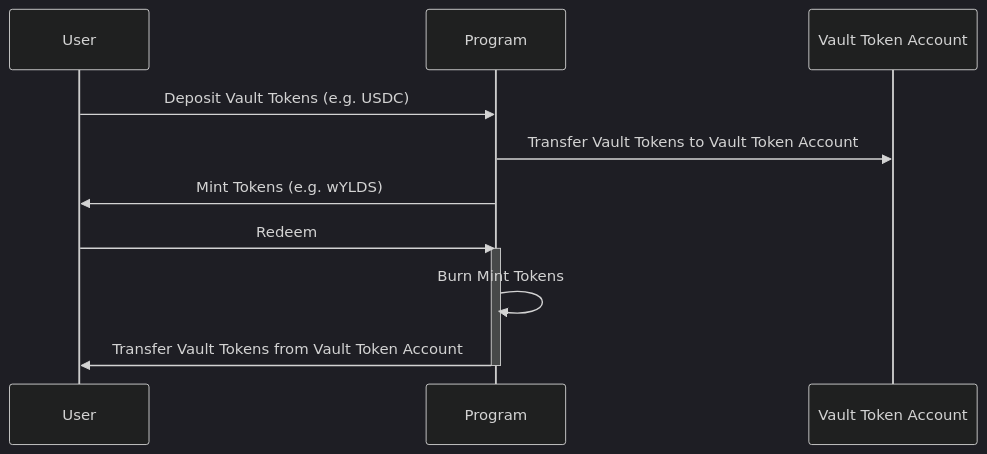
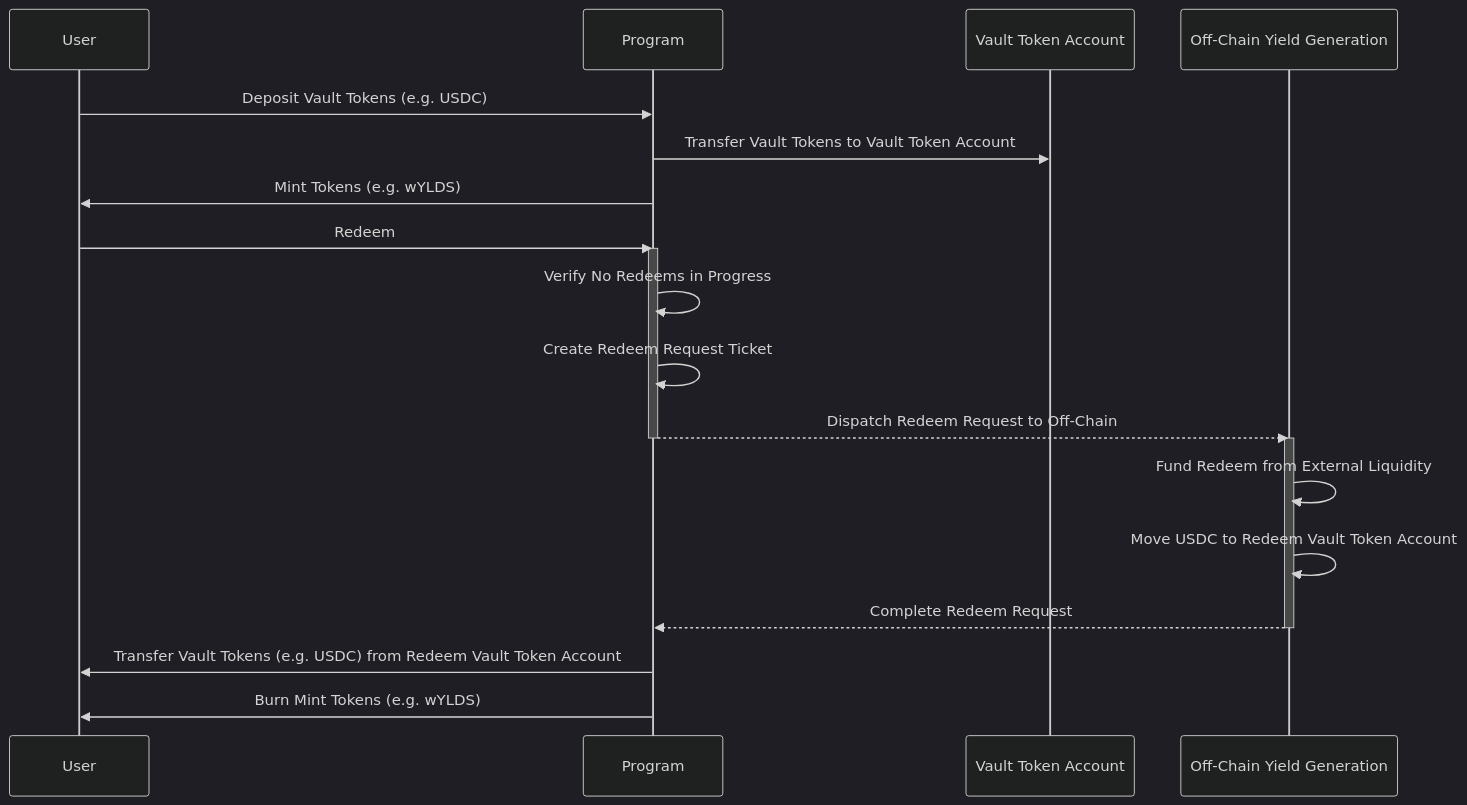
The diagram in README.md (provenance-io/hastra-sol-vault-mint), drawn with Mermaid (dark theme) before and after one commit. The commit also changed other lines of this file and 12 other files, not shown here.

Commit message:
update redeem process - fix deposit vault authority check

````diff
--- a/README.md
+++ b/README.md
@@ -216,15 +418,24 @@
 ```mermaid
 sequenceDiagram
     participant User
     participant Program
     participant VaultAccount as Vault Token Account
+    participant Offchain as Off-Chain Yield Generation
 
     User->>Program: Deposit Vault Tokens (e.g. USDC)
     Program->>VaultAccount: Transfer Vault Tokens to Vault Token Account
     Program->>User: Mint Tokens (e.g. wYLDS)
     User->>Program: Redeem
     activate Program
-    Program->>Program: Burn Mint Tokens
-    Program->>User: Transfer Vault Tokens from Vault Token Account
+    Program->>Program: Verify No Redeems in Progress
+    Program->>Program: Create Redeem Request Ticket
+    Program-->>Offchain: Dispatch Redeem Request to Off-Chain
     deactivate Program
+    activate Offchain
+    Offchain->>Offchain: Fund Redeem from External Liquidity
+    Offchain->>Offchain: Move USDC to Redeem Vault Token Account
+    Offchain-->>Program: Complete Redeem Request
+    deactivate Offchain
+    Program->>User: Transfer Vault Tokens (e.g. USDC) from Redeem Vault Token Account
+    Program->>User: Burn Mint Tokens (e.g. wYLDS)
 ```
````
